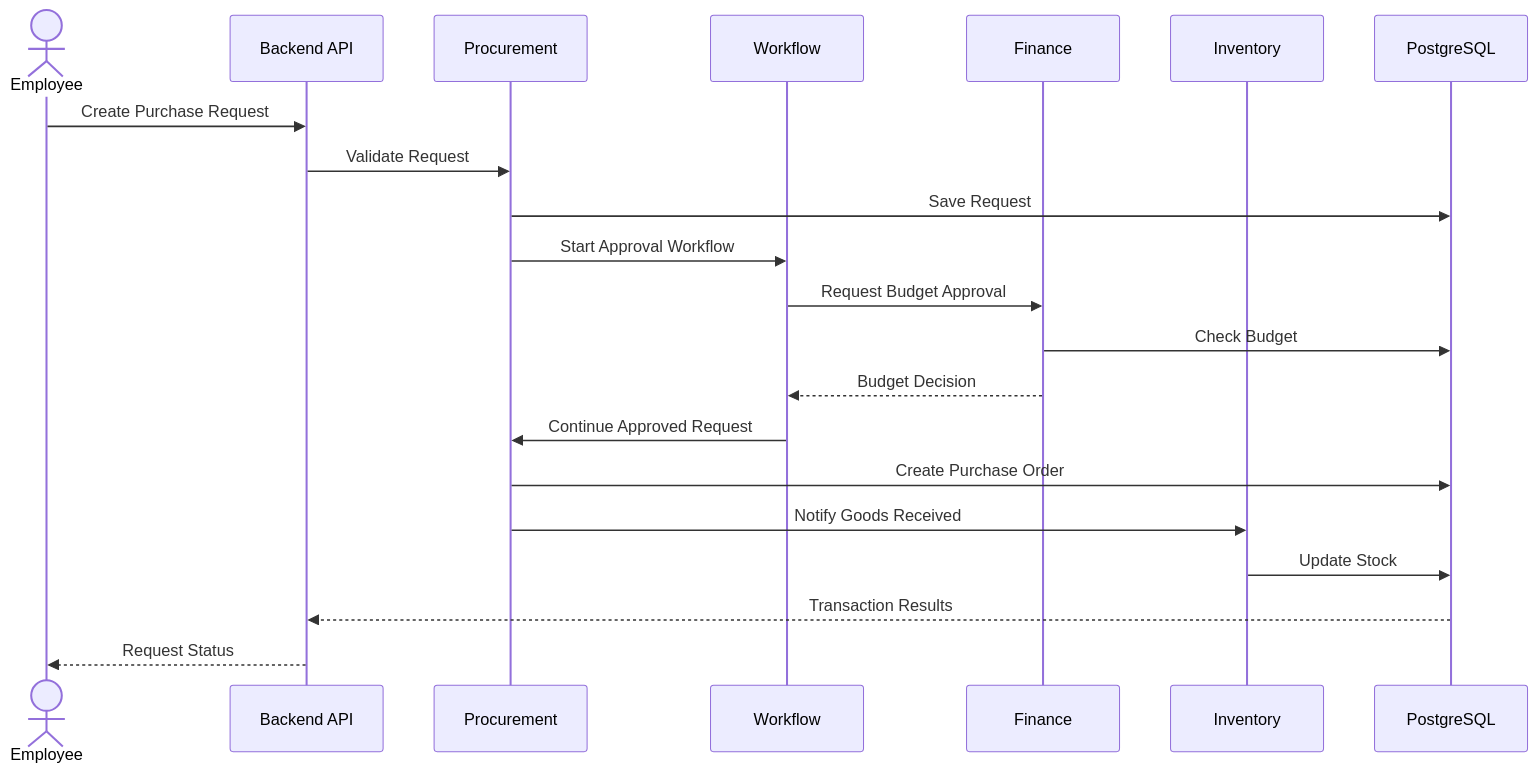
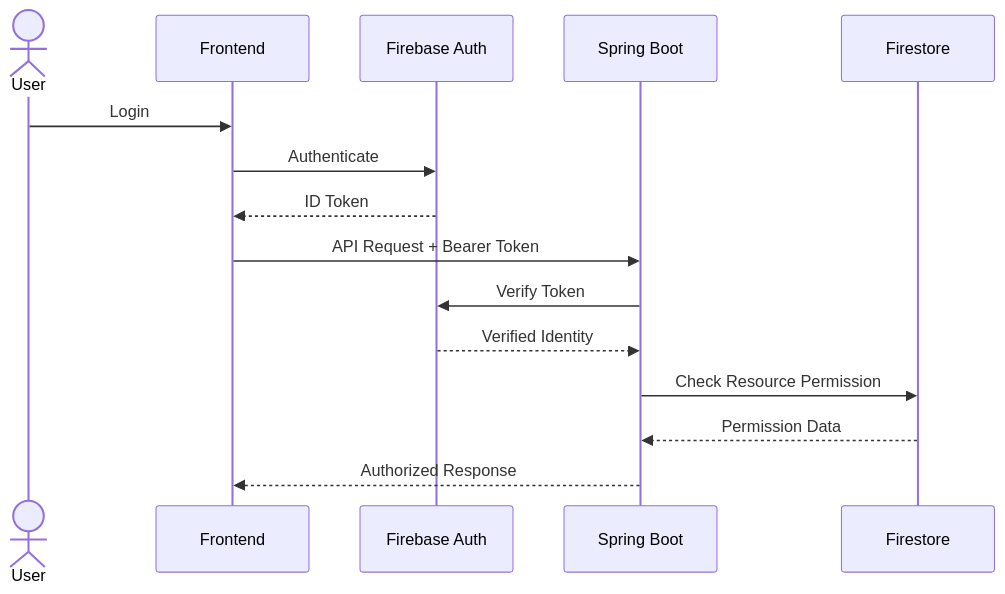
Diagram 15 of 16 in README.md (suyabamin/Aop-project-documantation), drawn with Mermaid before and after one commit. The commit also changed other lines of this file, not shown here.

````diff
--- a/README.md
+++ b/README.md
@@ -997,24 +1492,22 @@
 ```mermaid
 sequenceDiagram
-    actor Employee
-    participant API as Backend API
-    participant Procurement
-    participant Workflow
-    participant Finance
-    participant Inventory
-    participant DB as PostgreSQL
 
-    Employee->>API: Create Purchase Request
-    API->>Procurement: Validate Request
-    Procurement->>DB: Save Request
-    Procurement->>Workflow: Start Approval Workflow
-    Workflow->>Finance: Request Budget Approval
-    Finance->>DB: Check Budget
-    Finance-->>Workflow: Budget Decision
-    Workflow->>Procurement: Continue Approved Request
-    Procurement->>DB: Create Purchase Order
-    Procurement->>Inventory: Notify Goods Received
-    Inventory->>DB: Update Stock
-    DB-->>API: Transaction Results
-    API-->>Employee: Request Status
+    actor User
+    participant Frontend
+    participant Firebase as Firebase Auth
+    participant Backend as Spring Boot
+    participant Firestore
+
+    User->>Frontend: Login
+    Frontend->>Firebase: Authenticate
+    Firebase-->>Frontend: ID Token
+
+    Frontend->>Backend: API Request + Bearer Token
+    Backend->>Firebase: Verify Token
+    Firebase-->>Backend: Verified Identity
+
+    Backend->>Firestore: Check Resource Permission
+    Firestore-->>Backend: Permission Data
+
+    Backend-->>Frontend: Authorized Response
 ```
````
